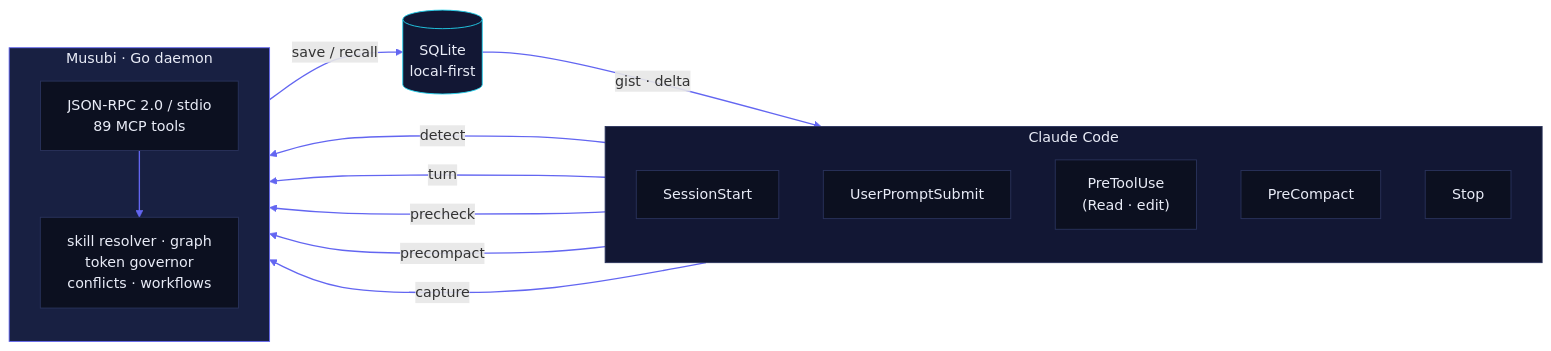
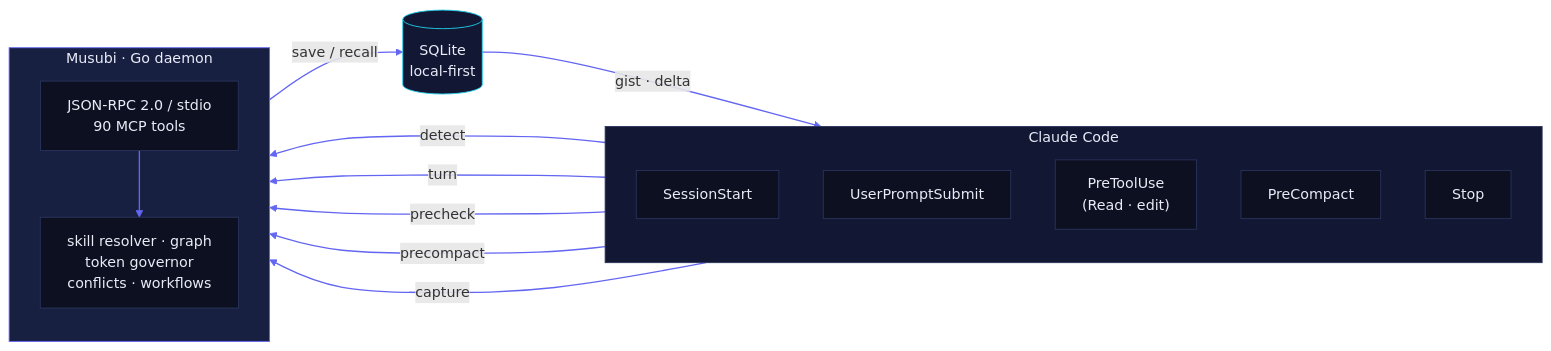
One commit to codeabraham16/musubi changed the first of 3 diagrams in README.en.md. Above: the diagram before and after it, drawn with Mermaid. The commit also changed other lines of this file and 19 other files, not shown here.

First line of the commit message:
feat(spec-graph): musubi_spec_archive funde el delta SDD (#794)

````diff
--- a/README.en.md
+++ b/README.en.md
@@ -93,34 +93,34 @@
 ```mermaid
 flowchart LR
     subgraph CC["Claude Code"]
         direction TB
         H1["SessionStart"]
         H2["UserPromptSubmit"]
         H3["PreToolUse<br/>(Read · edit)"]
         H4["PreCompact"]
         H5["Stop"]
     end
     subgraph M["Musubi · Go daemon"]
         direction TB
-        RPC["JSON-RPC 2.0 / stdio<br/>89 MCP tools"]
+        RPC["JSON-RPC 2.0 / stdio<br/>90 MCP tools"]
         COG["skill resolver · graph<br/>token governor<br/>conflicts · workflows"]
     end
     DB[("SQLite<br/>local-first")]
 
     H1 -- "detect" --> RPC
     H2 -- "turn" --> RPC
     H3 -- "precheck" --> RPC
     H4 -- "precompact" --> RPC
     H5 -- "capture" --> RPC
     RPC --> COG
     COG -- "save / recall" --> DB
     DB -- "gist · delta" --> CC
 
     classDef cc fill:#121734,stroke:#2A335C,color:#E9ECF7;
     classDef mm fill:#182042,stroke:#6366F1,color:#E9ECF7;
     classDef db fill:#121734,stroke:#22D3EE,color:#E9ECF7;
     classDef nd fill:#0C1020,stroke:#2A335C,color:#E9ECF7;
     class CC cc; class M mm; class DB db;
     class H1,H2,H3,H4,H5,RPC,COG nd;
     linkStyle default stroke:#6366F1,stroke-width:1.5px;
 ```
````
